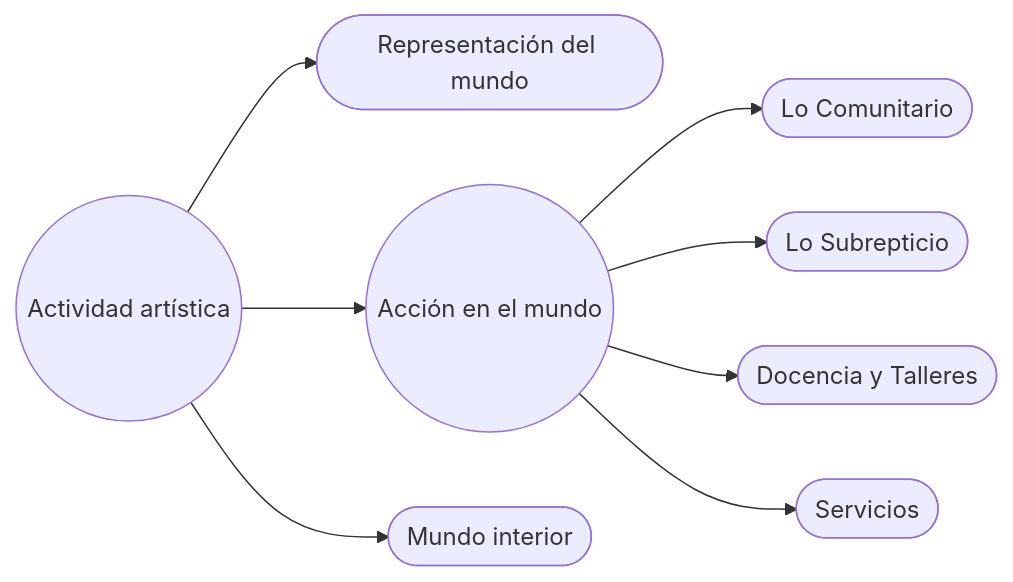
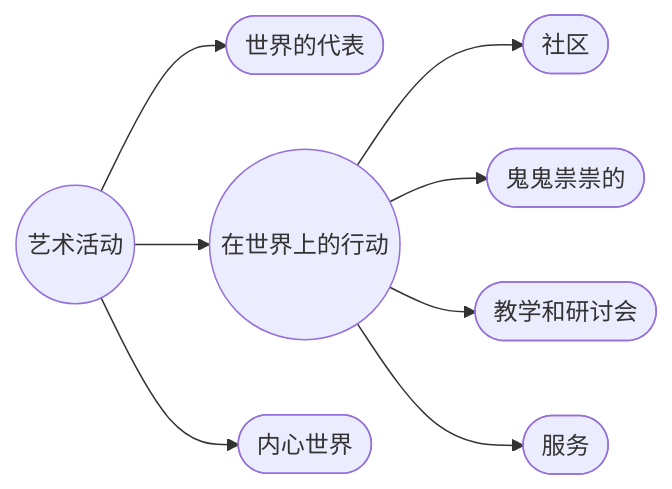
Before and after one commit to EGGS-Artesvisuales/EGGS-Artesvisuales.github.io: the diagram in CHN/accion.md, drawn with Mermaid. The commit also changed other lines of this file and 43 other files, not shown here.

```diff
--- a/CHN/accion.md
+++ b/CHN/accion.md
@@ -20,22 +20,22 @@
 <div class="mermaid">
 flowchart LR
-  A((Actividad artística)) --> B([Representación del mundo])
-  A --> C((Acción en el mundo))
-  A --> D([Mundo interior])
+  A((艺术活动)) --> B([世界的代表])
+  A --> C((在世界上的行动))
+  A --> D([内心世界])
 
-  C --> C1([Lo Comunitario])
-  C --> C2([Lo Subrepticio])
-  C --> C3([Docencia y Talleres])
-  C --> C4([Servicios])
+  C --> C1([社区])
+  C --> C2([鬼鬼祟祟的])
+  C --> C3([教学和研讨会])
+  C --> C4([服务])
 
-  %% Clicks (todos los nodos clickeables)
-  click A "/CHN/index.html" "Ir a Actividad artística"
-  click B "/CHN/mundo-exterior.html" "Ir a Representación del mundo"
-  click C "/CHN/accion.html" "Ir a Acción en el mundo"
-  click D "/CHN/interior.html" "Ir a Mundo interior"
+  %% Clicks (所有可点击的节点)
+  click A "/CHN/index.html" "前往艺术活动"
+  click B "/CHN/mundo-exterior.html" "前往世界代表"
+  click C "/CHN/accion.html" "前往世界各地行动"
+  click D "/CHN/interior.html" "走进内心世界"
 
-  click C1 "/CHN/comunitario.html" "Ir a Lo Comunitario"
-  click C2 "/CHN/subrepticio.html" "Ir a Lo Subrepticio"
-  click C3 "/CHN/docencia.html" "Ir a Docencia y Talleres"
-  click C4 "/CHN/servicios.html" "Ir a Servicios"
+  click C1 "/CHN/comunitario.html" "前往社区"
+  click C2 "/CHN/subrepticio.html" "前往隐秘之地"
+  click C3 "/CHN/docencia.html" "前往教学和研讨会"
+  click C4 "/CHN/servicios.html" "前往服务"
 </div>
```
